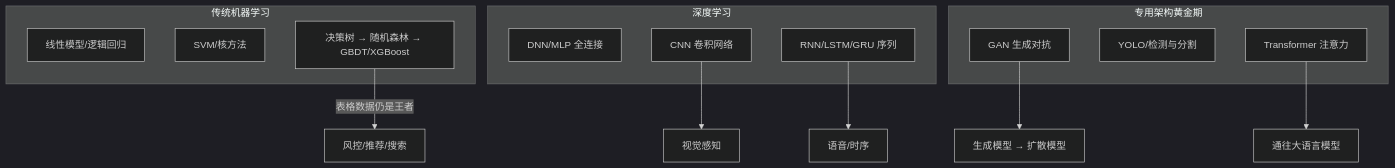
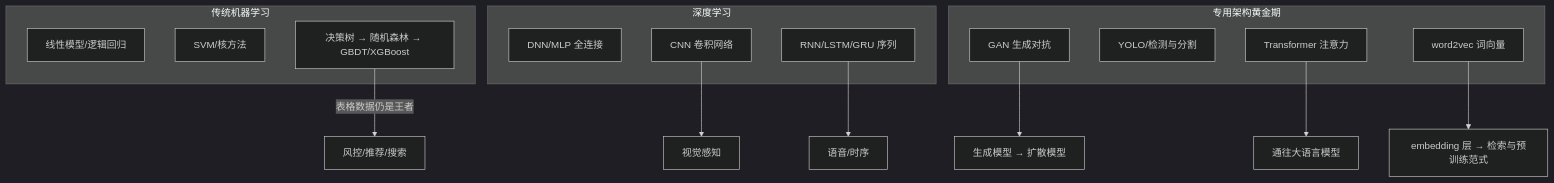
Before and after one commit to shuifans/cloud-ai-knowledge-base: the first of 4 diagrams in docs/ai/models/ml-dl.md, drawn with Mermaid (dark theme). The commit also changed other lines of this file and 294 other files, not shown here.

First line of the commit message:
更新: 全站 35 篇文章对标 speech-gen 全面升级（深度/配图/引用/决策图）

````diff
--- a/docs/ai/models/ml-dl.md
+++ b/docs/ai/models/ml-dl.md
@@ -14,23 +14,25 @@
 ```mermaid
 flowchart TB
   subgraph 传统机器学习
     A1[线性模型/逻辑回归]
     A2[SVM/核方法]
     A3[决策树 → 随机森林 → GBDT/XGBoost]
   end
   subgraph 深度学习
     B1[DNN/MLP 全连接]
     B2[CNN 卷积网络]
     B3[RNN/LSTM/GRU 序列]
   end
   subgraph 专用架构黄金期
     C1[GAN 生成对抗]
     C2[YOLO/检测与分割]
     C3[Transformer 注意力]
+    C4[word2vec 词向量]
   end
   A3 -->|表格数据仍是王者| T[风控/推荐/搜索]
   B2 --> V[视觉感知]
   B3 --> S[语音/时序]
   C1 --> G[生成模型 → 扩散模型]
   C3 --> L[通往大语言模型]
+  C4 --> E[embedding 层 → 检索与预训练范式]
 ```
````
